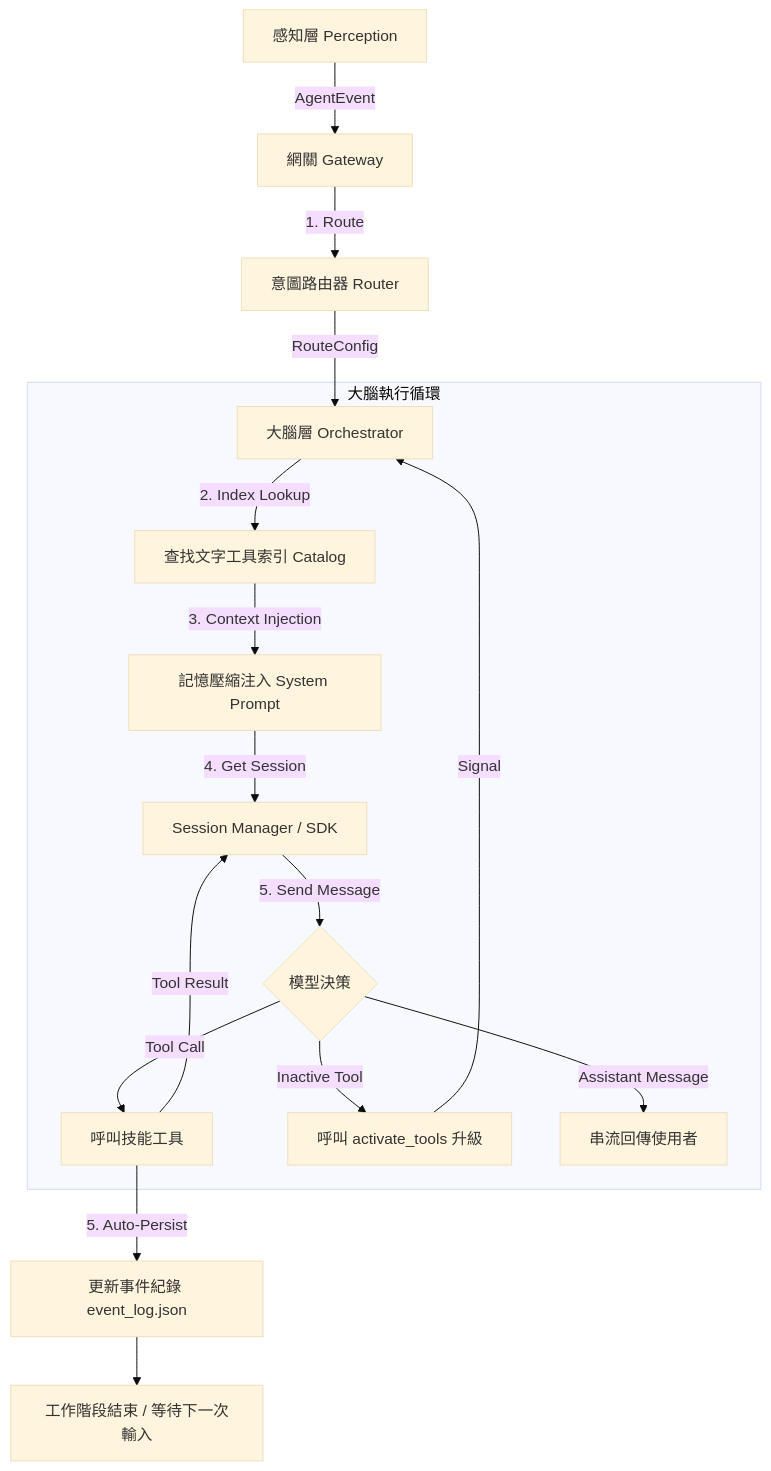
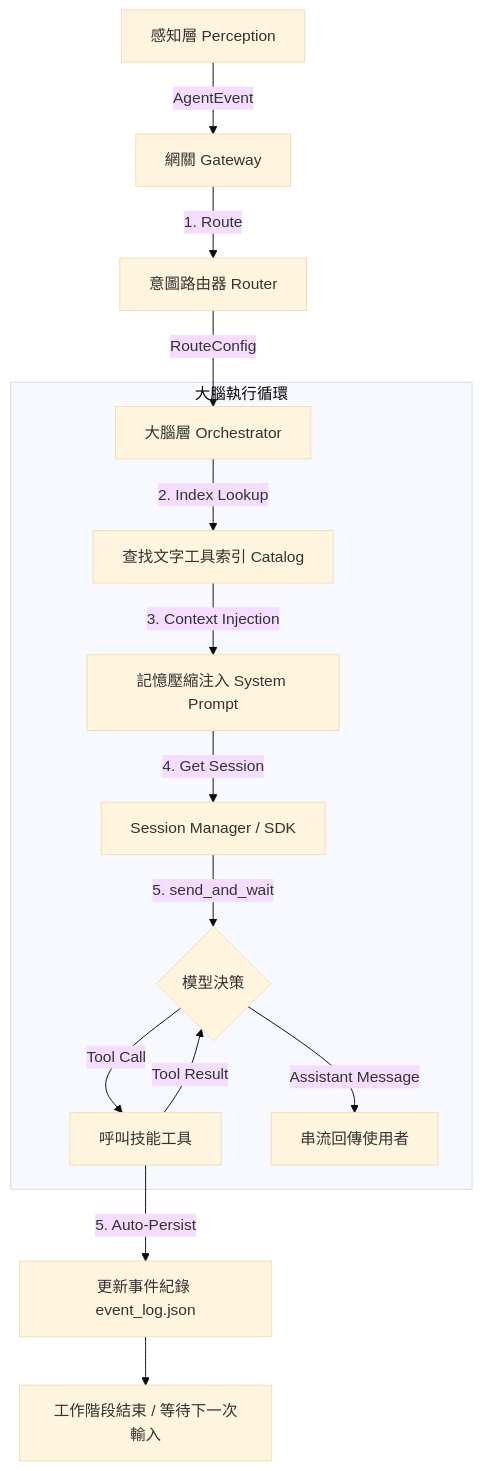
One commit to DinoChang0926/my-assistant changed the diagram in README.md. Above: the diagram before and after it, drawn with Mermaid (base theme). The commit also changed other lines of this file and 12 other files, not shown here.

````diff
--- a/README.md
+++ b/README.md
@@ -185,21 +184,19 @@
 ```mermaid
 graph TD
     A[感知層 Perception] -->|AgentEvent| B[網關 Gateway]
     B -->|1. Route| C[意圖路由器 Router]
     C -->|RouteConfig| D[大腦層 Orchestrator]
     
     subgraph Execution_Loop [大腦執行循環]
         D -->|2. Index Lookup| E[查找文字工具索引 Catalog]
         E -->|3. Context Injection| F[記憶壓縮注入 System Prompt]
         F -->|4. Get Session| G[Session Manager / SDK]
-        G -->|5. Send Message| H{模型決策}
+        G -->|5. send_and_wait| H{模型決策}
         H -->|Tool Call| I[呼叫技能工具]
-        I -->|Tool Result| G
-        H -->|Inactive Tool| J[呼叫 activate_tools 升級]
-        J -->|Signal| D
+        I -->|Tool Result| H
         H -->|Assistant Message| K[串流回傳使用者]
     end
     
     I -->|5. Auto-Persist| J2[更新事件紀錄 event_log.json]
     J2 --> K2[工作階段結束 / 等待下一次輸入]
 ```
````
